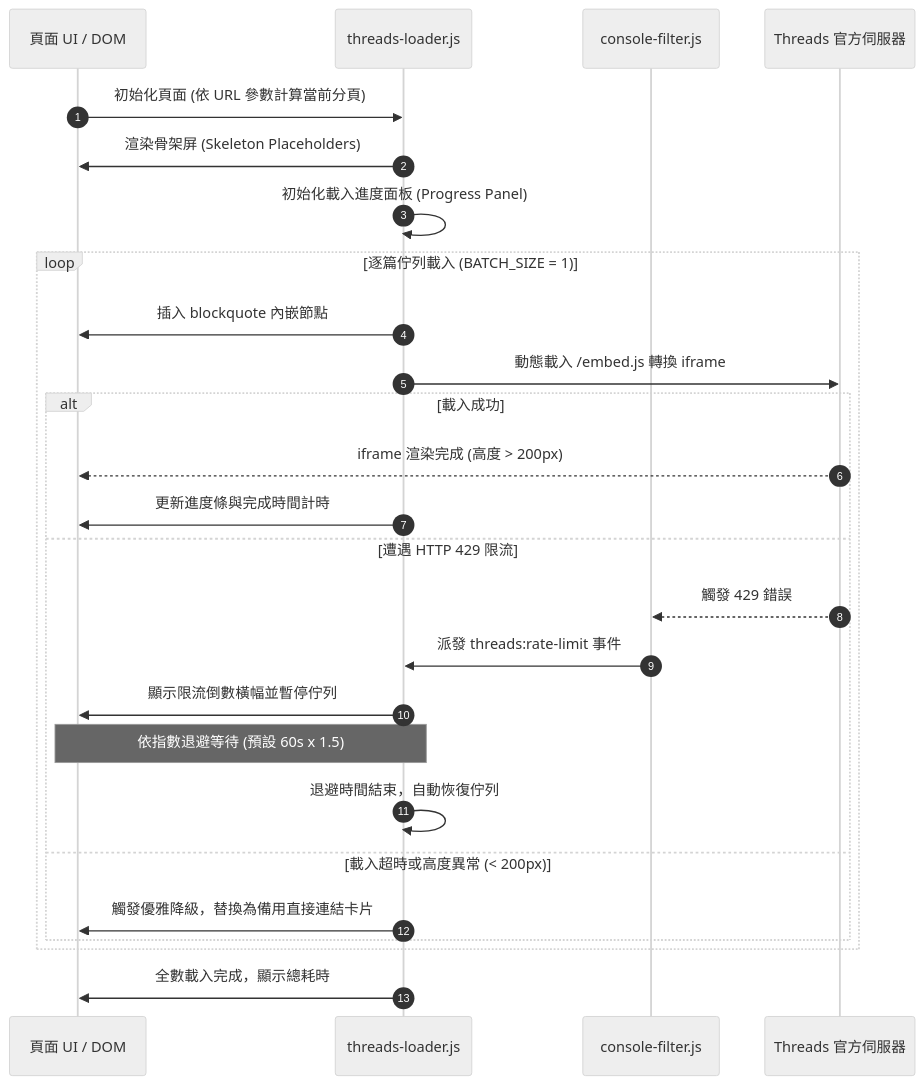
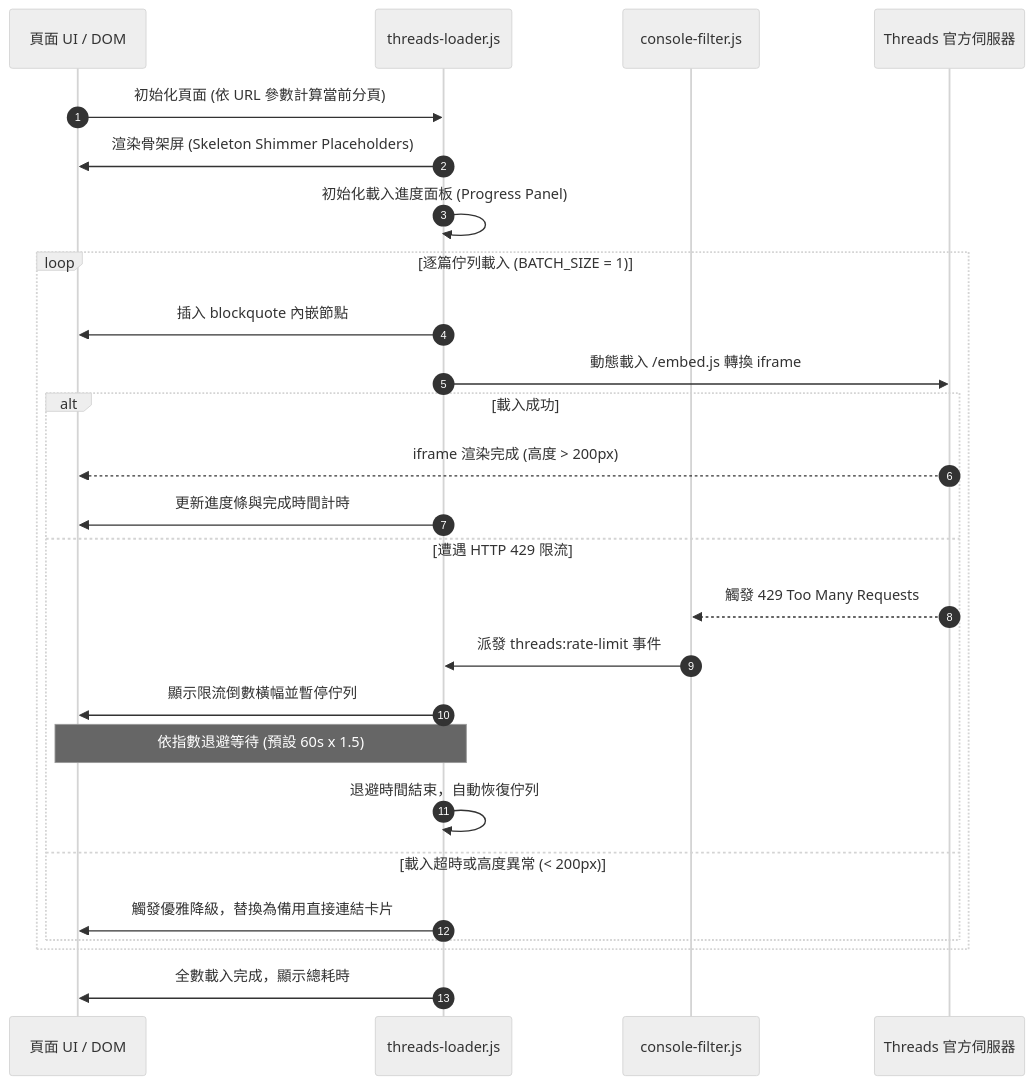
The third of 3 diagrams in README.md (Scorpio-meow/Threads-Featured-Posts), drawn with Mermaid (neutral theme) before and after one commit. The commit also changed other lines of this file and 2 other files, not shown here.

````diff
--- a/README.md
+++ b/README.md
@@ -217,30 +308,30 @@
 ```mermaid
 sequenceDiagram
     autonumber
     participant UI as 頁面 UI / DOM
     participant TL as threads-loader.js
     participant CF as console-filter.js
     participant API as Threads 官方伺服器
 
     UI->>TL: 初始化頁面 (依 URL 參數計算當前分頁)
-    TL->>UI: 渲染骨架屏 (Skeleton Placeholders)
+    TL->>UI: 渲染骨架屏 (Skeleton Shimmer Placeholders)
     TL->>TL: 初始化載入進度面板 (Progress Panel)
 
     loop 逐篇佇列載入 (BATCH_SIZE = 1)
         TL->>UI: 插入 blockquote 內嵌節點
         TL->>API: 動態載入 /embed.js 轉換 iframe
         alt 載入成功
             API-->>UI: iframe 渲染完成 (高度 > 200px)
             TL->>UI: 更新進度條與完成時間計時
         else 遭遇 HTTP 429 限流
-            API-->>CF: 觸發 429 錯誤
+            API-->>CF: 觸發 429 Too Many Requests
             CF->>TL: 派發 threads:rate-limit 事件
             TL->>UI: 顯示限流倒數橫幅並暫停佇列
             Note over TL,UI: 依指數退避等待 (預設 60s x 1.5)
             TL->>TL: 退避時間結束，自動恢復佇列
         else 載入超時或高度異常 (< 200px)
             TL->>UI: 觸發優雅降級，替換為備用直接連結卡片
         end
     end
     TL->>UI: 全數載入完成，顯示總耗時
 ```
````
